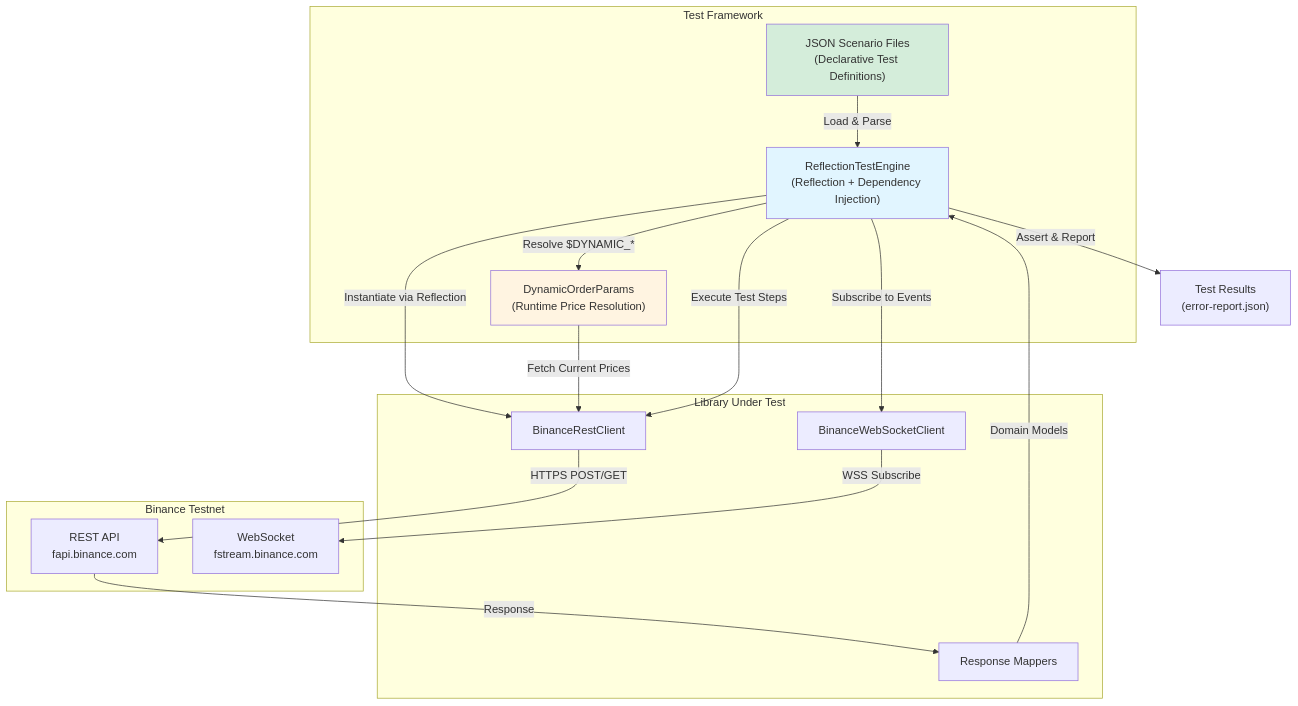
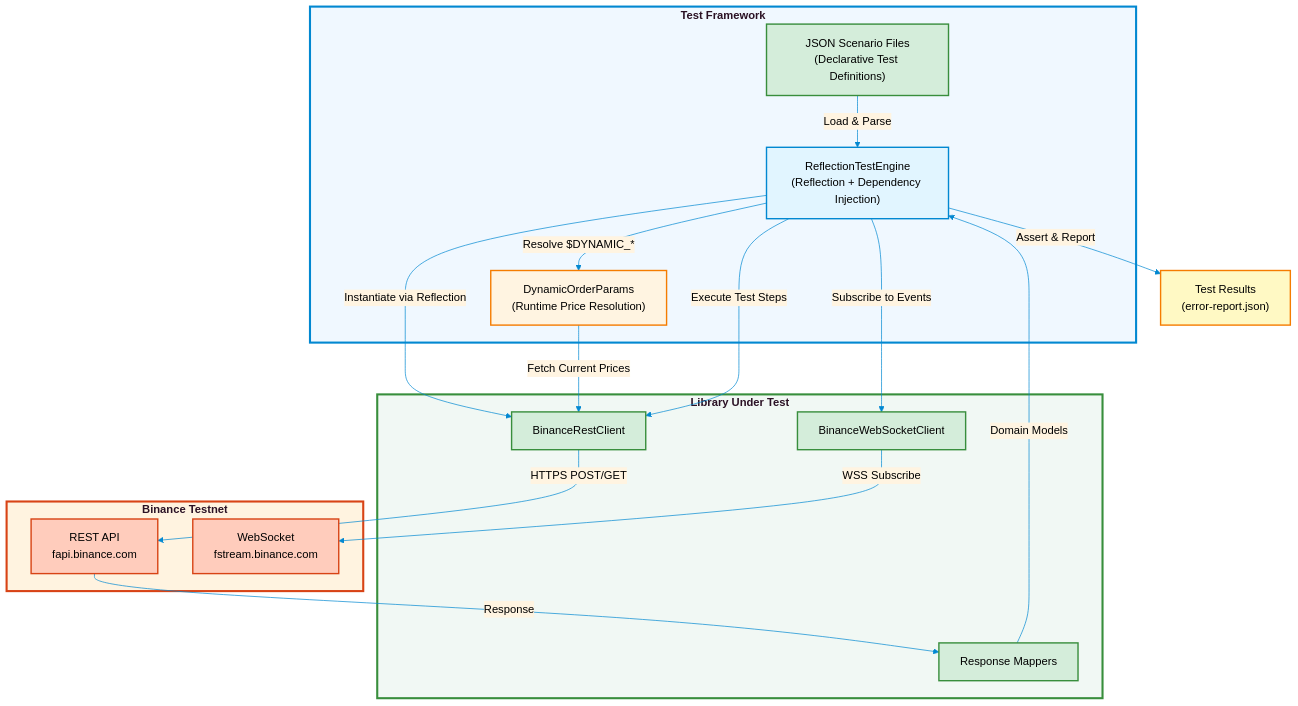
The ninth of 10 diagrams in README.md (ArmandRicheletKleinberg/Ark.Alliance.Trading.Providers.Lib), drawn with Mermaid before and after one commit. The commit also changed other lines of this file, not shown here.

First line of the commit message:
enhance: professional styling for main README mermaid diagrams

````diff
--- a/README.md
+++ b/README.md
@@ -668,35 +706,45 @@
 ```mermaid
+%%{init: {'theme':'base', 'themeVariables': { 'primaryColor':'#e1f5ff','primaryTextColor':'#000','primaryBorderColor':'#0288d1','lineColor':'#0288d1','secondaryColor':'#fff4e1','tertiaryColor':'#d4edda','noteBkgColor':'#fff9c4','noteTextColor':'#000'}}}%%
 flowchart TB
-    subgraph TestFramework["Test Framework"]
+    subgraph TestFramework["<b>Test Framework</b>"]
         Engine["ReflectionTestEngine<br/>(Reflection + Dependency Injection)"]
         DynParams["DynamicOrderParams<br/>(Runtime Price Resolution)"]
         Scenarios["JSON Scenario Files<br/>(Declarative Test Definitions)"]
     end
     
-    subgraph LibraryUnderTest["Library Under Test"]
+    subgraph LibraryUnderTest["<b>Library Under Test</b>"]
         RestClient["BinanceRestClient"]
         WSClient["BinanceWebSocketClient"]
         Mappers["Response Mappers"]
     end
     
-    subgraph ExternalAPI["Binance Testnet"]
+    subgraph ExternalAPI["<b>Binance Testnet</b>"]
         REST["REST API<br/>fapi.binance.com"]
         WS["WebSocket<br/>fstream.binance.com"]
     end
     
     Scenarios -->|Load & Parse| Engine
     Engine -->|Instantiate via Reflection| RestClient
     Engine -->|Resolve $DYNAMIC_*| DynParams
     DynParams -->|Fetch Current Prices| RestClient
     Engine -->|Execute Test Steps| RestClient
     Engine -->|Subscribe to Events| WSClient
     RestClient -->|HTTPS POST/GET| REST
     WSClient -->|WSS Subscribe| WS
     REST -->|Response| Mappers
     Mappers -->|Domain Models| Engine
     Engine -->|Assert & Report| TestResults["Test Results<br/>(error-report.json)"]
     
-    style Engine fill:#e1f5ff
-    style DynParams fill:#fff4e1
-    style Scenarios fill:#d4edda
+    style Engine fill:#e1f5ff,stroke:#0288d1,stroke-width:2px,color:#000
+    style DynParams fill:#fff4e1,stroke:#f57c00,stroke-width:2px,color:#000
+    style Scenarios fill:#d4edda,stroke:#388e3c,stroke-width:2px,color:#000
+    style RestClient fill:#d4edda,stroke:#388e3c,stroke-width:2px,color:#000
+    style WSClient fill:#d4edda,stroke:#388e3c,stroke-width:2px,color:#000
+    style Mappers fill:#d4edda,stroke:#388e3c,stroke-width:2px,color:#000
+    style REST fill:#ffccbc,stroke:#d84315,stroke-width:2px,color:#000
+    style WS fill:#ffccbc,stroke:#d84315,stroke-width:2px,color:#000
+    style TestResults fill:#fff9c4,stroke:#f57c00,stroke-width:2px,color:#000
+    style TestFramework fill:#f0f8ff,stroke:#0288d1,stroke-width:3px
+    style LibraryUnderTest fill:#f1f8f4,stroke:#388e3c,stroke-width:3px
+    style ExternalAPI fill:#fff3e0,stroke:#d84315,stroke-width:3px
 ```
````
